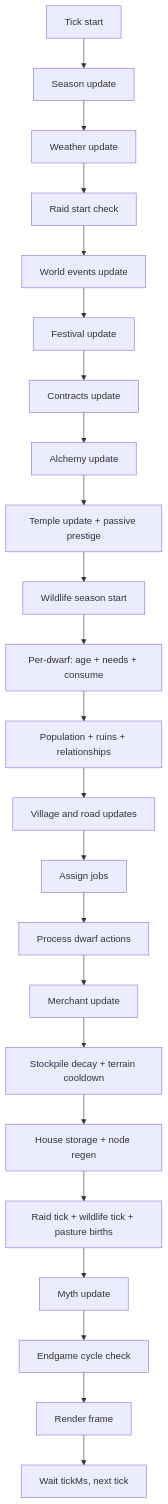
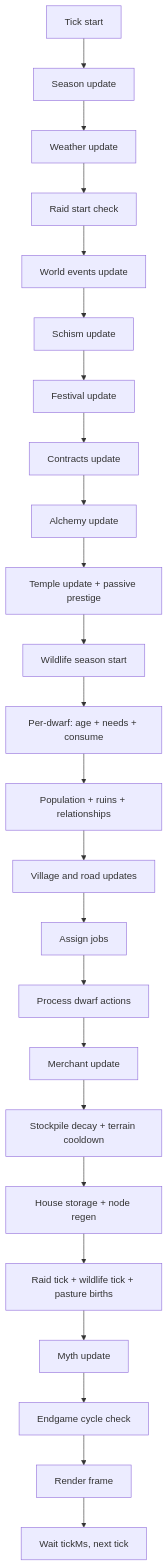
Before and after one commit to Gladiak/nodeDwarves: the diagram in MANUAL.md, drawn with Mermaid. The commit also changed other lines of this file and 19 other files, not shown here.

````diff
--- a/MANUAL.md
+++ b/MANUAL.md
@@ -291,25 +292,26 @@
 ```mermaid
 flowchart TD
   A[Tick start] --> B[Season update]
   B --> C[Weather update]
   C --> D[Raid start check]
   D --> E[World events update]
-  E --> F[Festival update]
-  F --> G[Contracts update]
-  G --> H[Alchemy update]
-  H --> I[Temple update + passive prestige]
-  I --> J[Wildlife season start]
-  J --> K[Per-dwarf: age + needs + consume]
-  K --> L[Population + ruins + relationships]
-  L --> M[Village and road updates]
-  M --> N[Assign jobs]
-  N --> O[Process dwarf actions]
-  O --> P[Merchant update]
-  P --> Q[Stockpile decay + terrain cooldown]
-  Q --> R[House storage + node regen]
-  R --> S[Raid tick + wildlife tick + pasture births]
-  S --> T[Myth update]
-  T --> U[Endgame cycle check]
-  U --> V[Render frame]
-  V --> W[Wait tickMs, next tick]
+  E --> F[Schism update]
+  F --> G[Festival update]
+  G --> H[Contracts update]
+  H --> I[Alchemy update]
+  I --> J[Temple update + passive prestige]
+  J --> K[Wildlife season start]
+  K --> L[Per-dwarf: age + needs + consume]
+  L --> M[Population + ruins + relationships]
+  M --> N[Village and road updates]
+  N --> O[Assign jobs]
+  O --> P[Process dwarf actions]
+  P --> Q[Merchant update]
+  Q --> R[Stockpile decay + terrain cooldown]
+  R --> S[House storage + node regen]
+  S --> T[Raid tick + wildlife tick + pasture births]
+  T --> U[Myth update]
+  U --> V[Endgame cycle check]
+  V --> W[Render frame]
+  W --> X[Wait tickMs, next tick]
 ```
````
